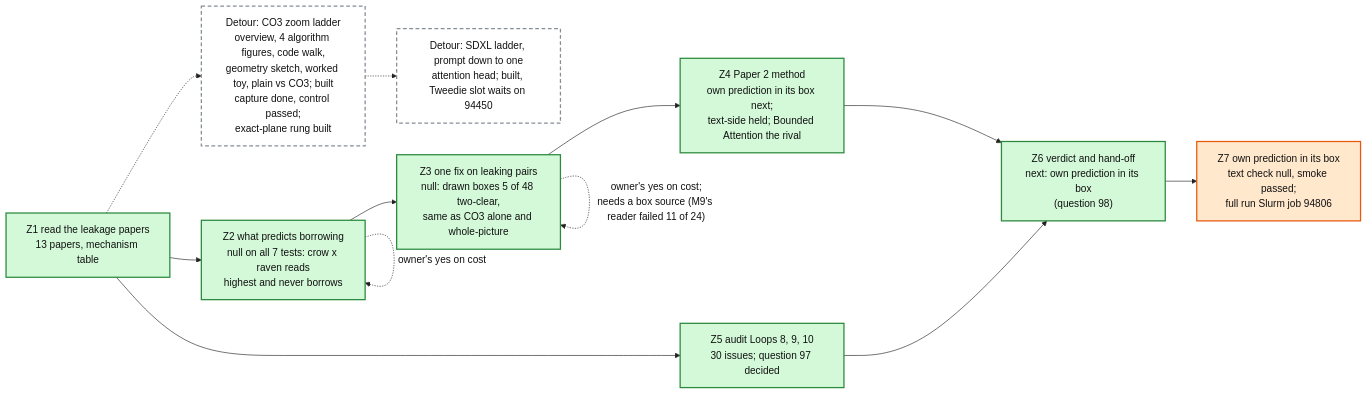
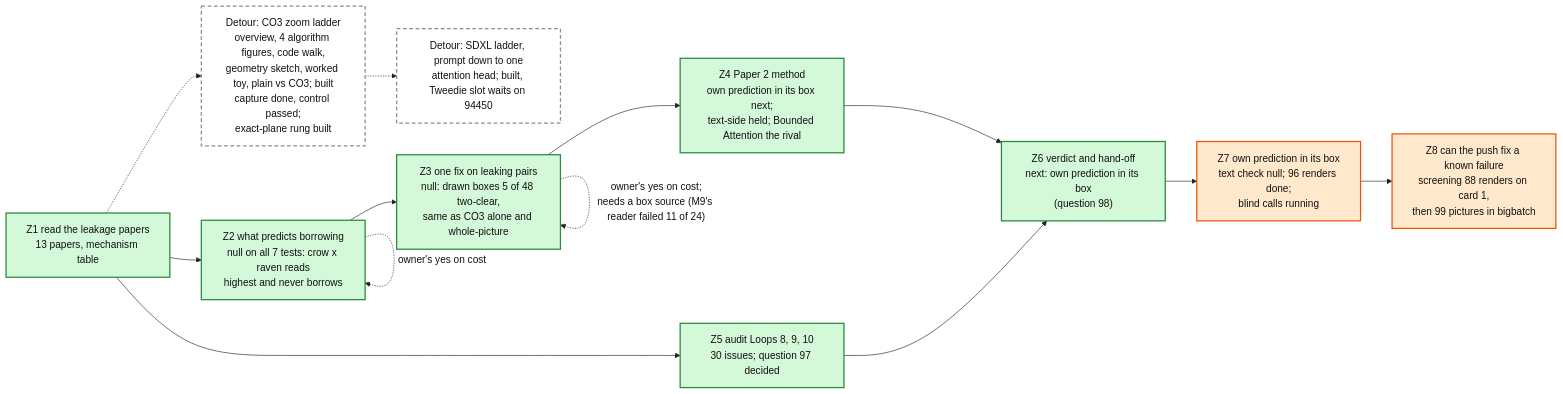
The diagram in artifacts/notes/progress/leakage/loop-12-progress.mmd (mo-rsa24/concept-composition), drawn with Mermaid before and after one commit. The commit also changed 1 other file, not shown here.

Commit message:
Loop 12 map: Z7 blind calls, Z8 screening

```diff
--- a/artifacts/notes/progress/leakage/loop-12-progress.mmd
+++ b/artifacts/notes/progress/leakage/loop-12-progress.mmd
@@ -1,22 +1,24 @@
 %%{init: {'theme': 'base', 'themeVariables': {'fontFamily': 'monospace', 'primaryColor': '#ffffff', 'primaryBorderColor': '#222222', 'primaryTextColor': '#111111', 'lineColor': '#222222'}}}%%
 flowchart LR
   Z1["Z1 read the leakage papers<br/>13 papers, mechanism table"]:::done
   Z2["Z2 what predicts borrowing<br/>null on all 7 tests: crow x raven reads<br/>highest and never borrows"]:::done
   Z3["Z3 one fix on leaking pairs<br/>null: drawn boxes 5 of 48 two-clear,<br/>same as CO3 alone and whole-picture"]:::done
   Z4["Z4 Paper 2 method<br/>own prediction in its box next;<br/>text-side held; Bounded Attention the rival"]:::done
   Z5["Z5 audit Loops 8, 9, 10<br/>30 issues; question 97 decided"]:::done
   Z6["Z6 verdict and hand-off<br/>next: own prediction in its box<br/>(question 98)"]:::done
   LAD["Detour: CO3 zoom ladder<br/>overview, 4 algorithm figures, code walk,<br/>geometry sketch, worked toy, plain vs CO3; built<br/>capture done, control passed;<br/>exact-plane rung built"]:::detour
   Z1 -.-> LAD
   SDX["Detour: SDXL ladder, prompt down to one<br/>attention head; built, Tweedie slot waits on 94450"]:::detour
   LAD -.-> SDX
   Z1 --> Z2 --> Z3 --> Z4 --> Z6
   Z1 --> Z5 --> Z6
   Z2 -. "owner's yes on cost" .-> Z2
   Z3 -. "owner's yes on cost;<br/>needs a box source (M9's reader failed 11 of 24)" .-> Z3
-  Z7["Z7 own prediction in its box<br/>text check null, smoke passed;<br/>full run Slurm job 94806"]:::doing
+  Z7["Z7 own prediction in its box<br/>text check null; 96 renders done;<br/>blind calls running"]:::doing
   Z6 --> Z7
+  Z8["Z8 can the push fix a known failure<br/>screening 88 renders on card 1,<br/>then 99 pictures in bigbatch"]:::doing
+  Z7 --> Z8
   classDef done fill:#d3f9d8,stroke:#2b8a3e,stroke-width:2px
   classDef doing fill:#ffe8cc,stroke:#e8590c,stroke-width:2px
   classDef detour fill:#ffffff,stroke:#868e96,stroke-width:2px,stroke-dasharray: 6 4
   classDef todo fill:#f1f3f5,stroke:#868e96,stroke-width:2px
```
